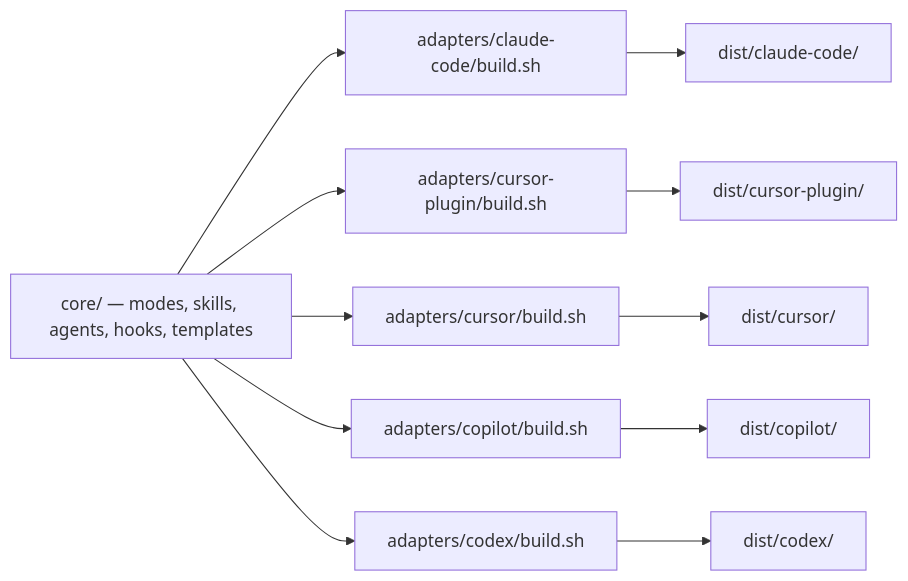
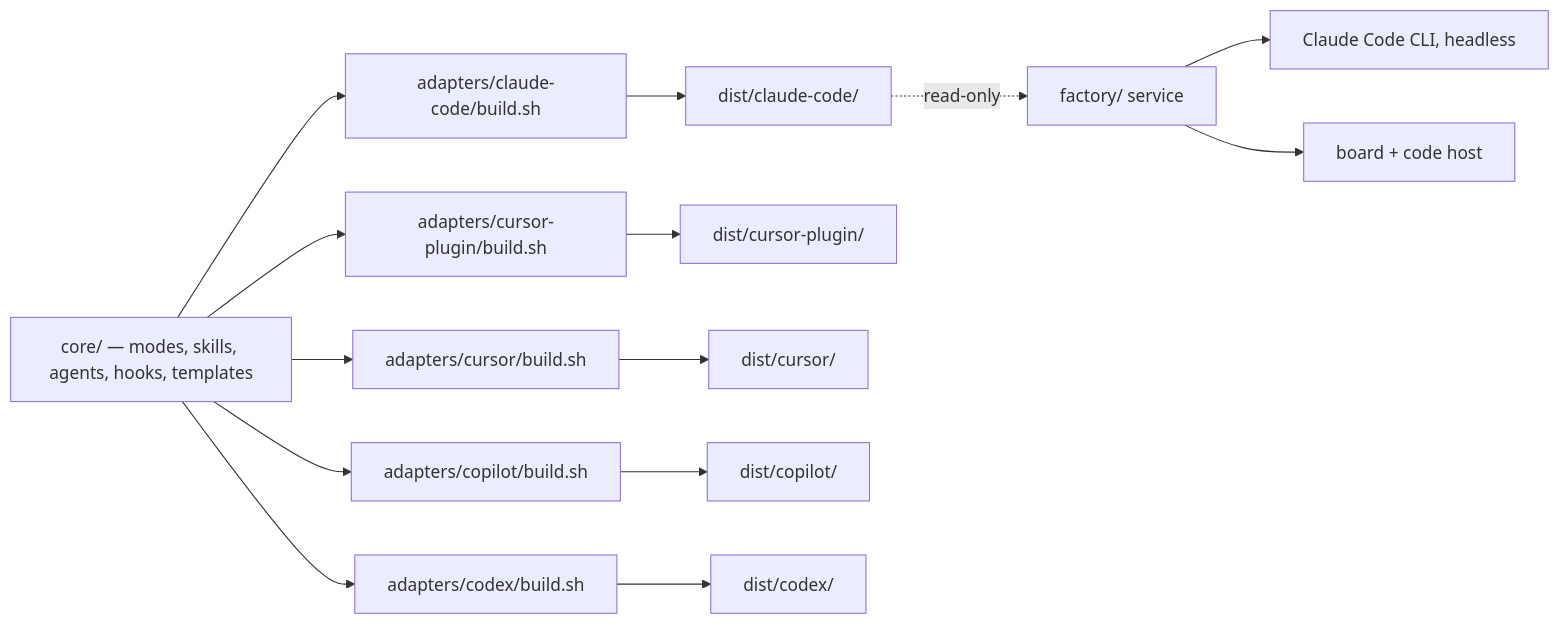
The diagram in docs/architecture/system.md (the-psi/pai-orbit), drawn with Mermaid before and after one commit. The commit also changed other lines of this file and 59 other files, not shown here.

First line of the commit message:
feat(factory): add the Agentic Factory service

````diff
--- a/docs/architecture/system.md
+++ b/docs/architecture/system.md
@@ -30,13 +46,16 @@
 ```mermaid
 graph LR
     core[core/ — modes, skills, agents, hooks, templates] --> claudecode[adapters/claude-code/build.sh]
     core --> cursorplugin[adapters/cursor-plugin/build.sh]
     core --> cursor[adapters/cursor/build.sh]
     core --> copilot[adapters/copilot/build.sh]
     core --> codex[adapters/codex/build.sh]
     claudecode --> distcc[dist/claude-code/]
     cursorplugin --> distcp[dist/cursor-plugin/]
     cursor --> distc[dist/cursor/]
     copilot --> distco[dist/copilot/]
     codex --> distcx[dist/codex/]
+    distcc -. read-only .-> factory[factory/ service]
+    factory --> cli[Claude Code CLI, headless]
+    factory --> boardhost[board + code host]
 ```
````
